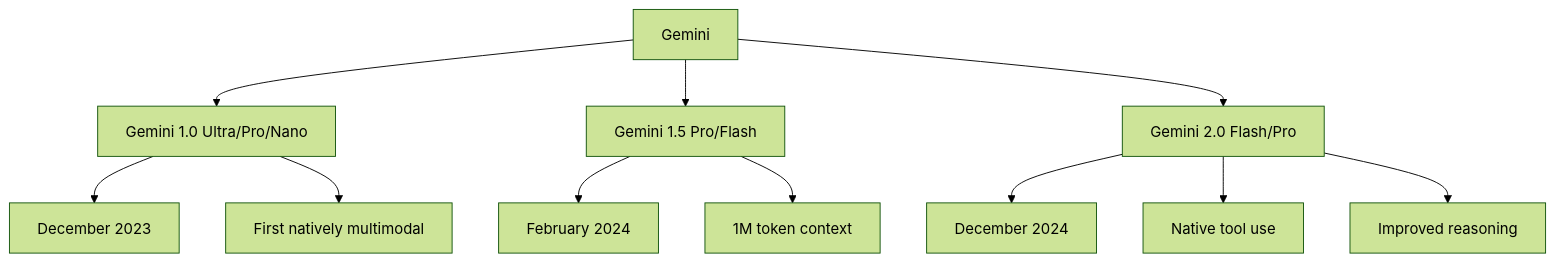
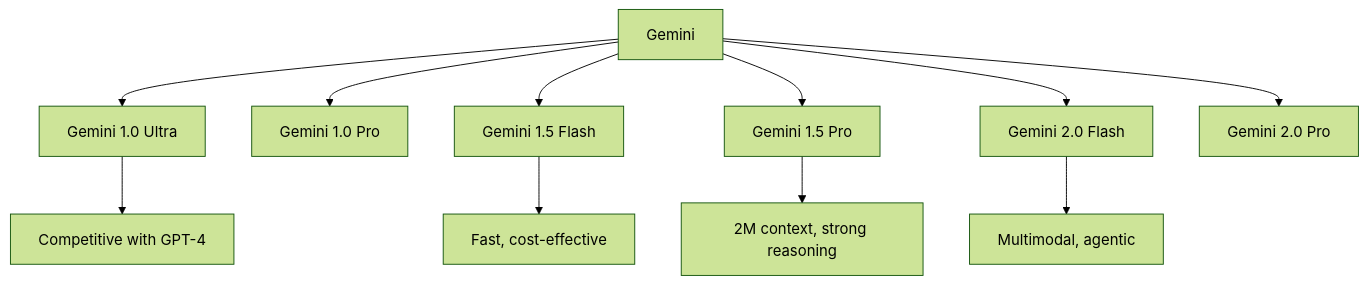
The first of 3 diagrams in src/llm/sota/gemini-sota.md (vanos001/placement_prep), drawn with Mermaid (forest theme) before and after one commit. The commit also changed other lines of this file and 5 other files, not shown here.

````diff
--- a/src/llm/sota/gemini-sota.md
+++ b/src/llm/sota/gemini-sota.md
@@ -7,16 +9,13 @@
 ```mermaid
 graph TD
-    A[Gemini] --> B[Gemini 1.0 Ultra/Pro/Nano]
-    A --> C[Gemini 1.5 Pro/Flash]
-    A --> D[Gemini 2.0 Flash/Pro]
-    
-    B --> B1["December 2023"]
-    B --> B2["First natively multimodal"]
-    
-    C --> C1["February 2024"]
-    C --> C2["1M token context"]
-    
-    D --> D1["December 2024"]
-    D --> D2["Native tool use"]
-    D --> D3["Improved reasoning"]
+    A[Gemini] --> B[Gemini 1.0 Ultra]
+    A --> C[Gemini 1.0 Pro]
+    A --> D[Gemini 1.5 Flash]
+    A --> E[Gemini 1.5 Pro]
+    A --> F[Gemini 2.0 Flash]
+    A --> G[Gemini 2.0 Pro]
+    B --> B1[Competitive with GPT-4]
+    D --> D1[Fast, cost-effective]
+    E --> E1[2M context, strong reasoning]
+    F --> F1[Multimodal, agentic]
 ```
````
